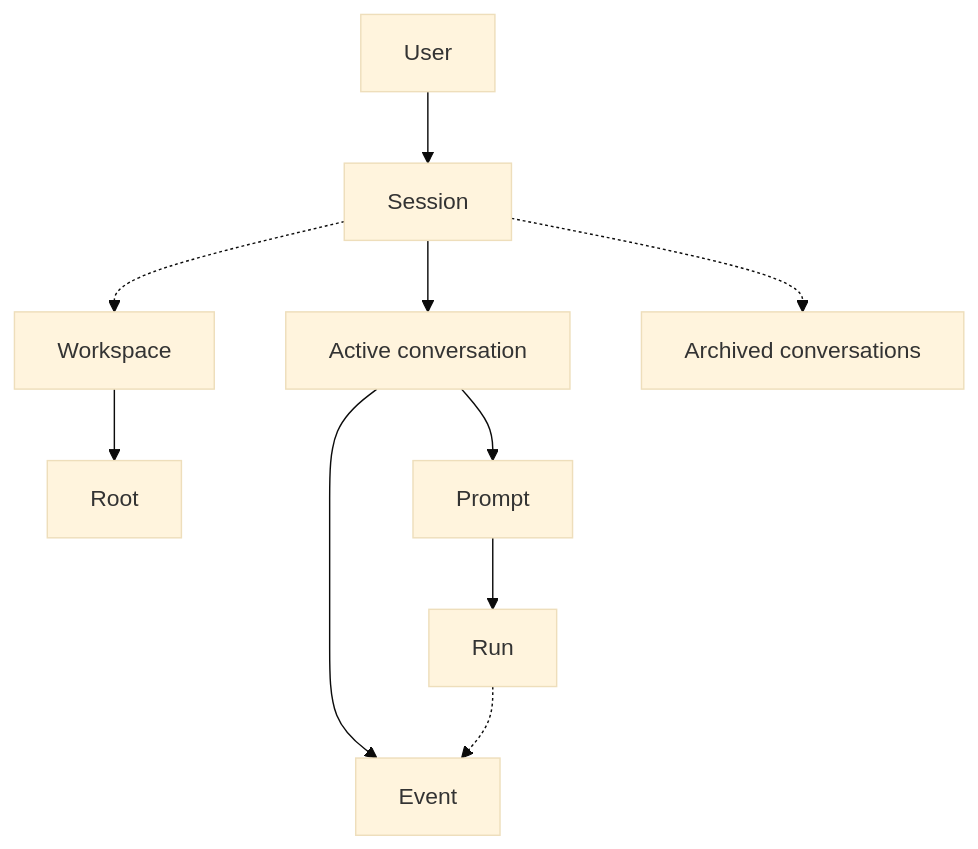
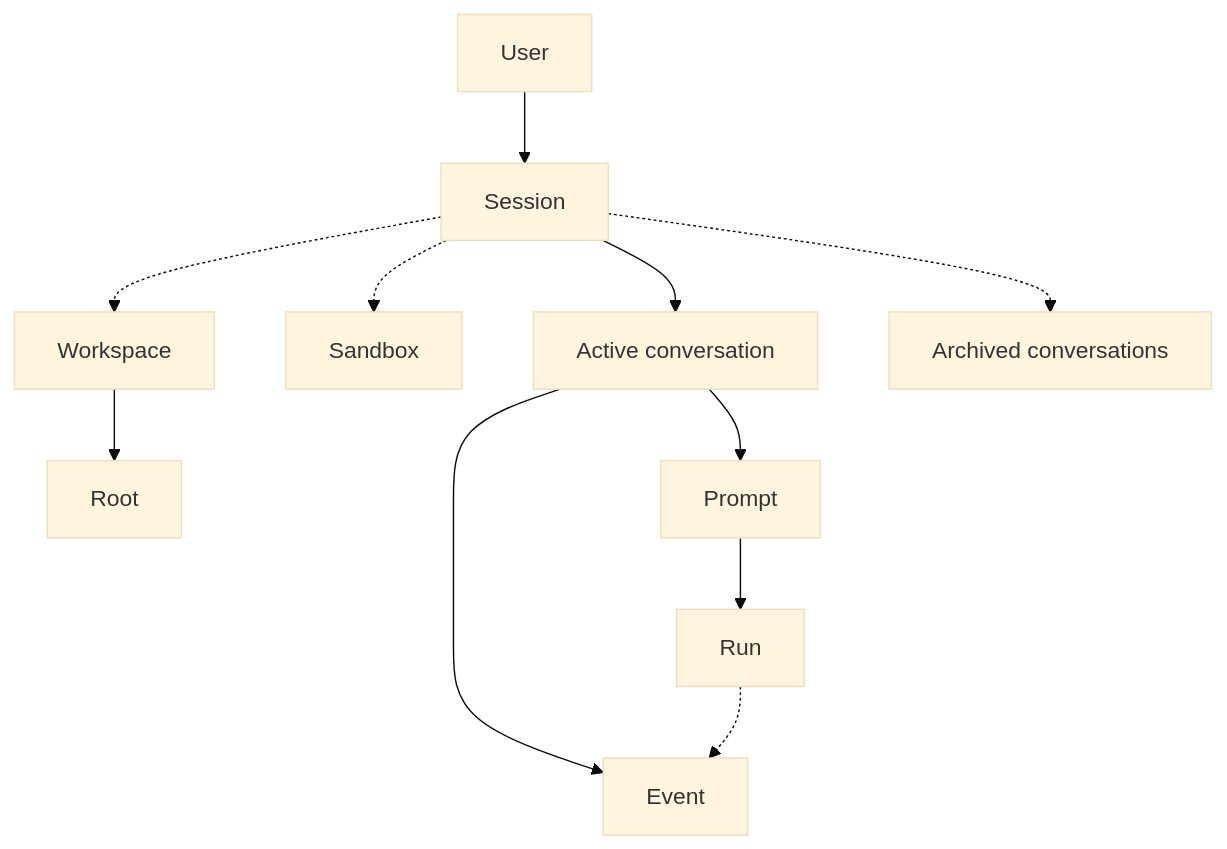
Before and after one commit to Mikode13/harness-docs: the diagram in glossary.md, drawn with Mermaid (base theme). The commit also changed other lines of this file and 7 other files, not shown here.

First line of the commit message:
docs: show the sandbox and the owner check in the diagrams

````diff
--- a/glossary.md
+++ b/glossary.md
@@ -9,12 +9,13 @@
 ```mermaid
 flowchart TD
     user[User] --> session[Session]
     session -.-> workspace[Workspace]
+    session -.-> sandbox[Sandbox]
     workspace --> root[Root]
     session --> active[Active conversation]
     session -.-> archived[Archived conversations]
     active --> event[Event]
     active --> prompt[Prompt]
     prompt --> run[Run]
     run -.-> event
 ```
````
